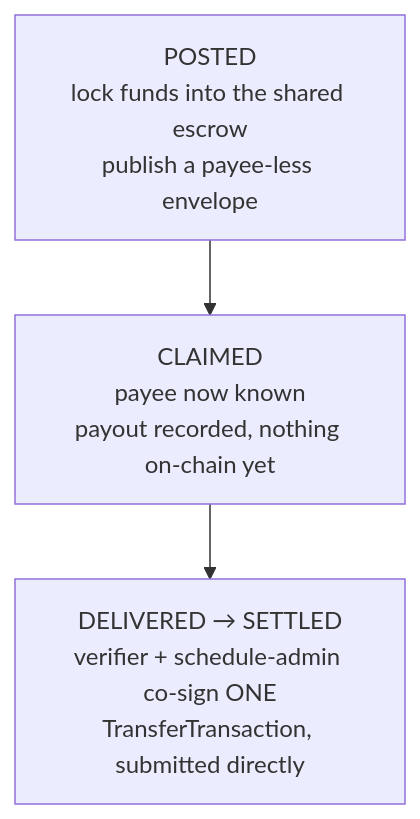
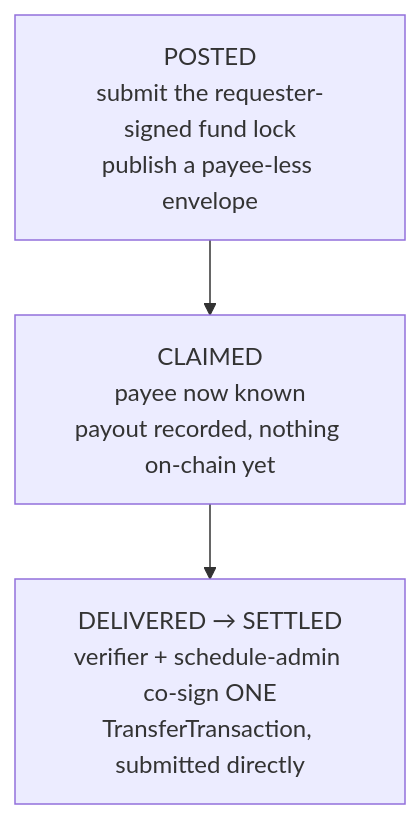
Before and after one commit to Baurjan1234/project-handoff: the sixth of 6 diagrams in docs/architecture.md, drawn with Mermaid. The commit also changed other lines of this file and 2 other files, not shown here.

First line of the commit message:
docs: the escrow is the requester's money now, and say what is unproven

````diff
--- a/docs/architecture.md
+++ b/docs/architecture.md
@@ -222,7 +225,7 @@
 ```mermaid
 flowchart TB
-  P["POSTED<br/>lock funds into the shared escrow<br/>publish a payee-less envelope"]
+  P["POSTED<br/>submit the requester-signed fund lock<br/>publish a payee-less envelope"]
   C["CLAIMED<br/>payee now known<br/>payout recorded, nothing on-chain yet"]
   D["DELIVERED → SETTLED<br/>verifier + schedule-admin co-sign ONE<br/>TransferTransaction, submitted directly"]
   P --> C --> D
 ```
````
